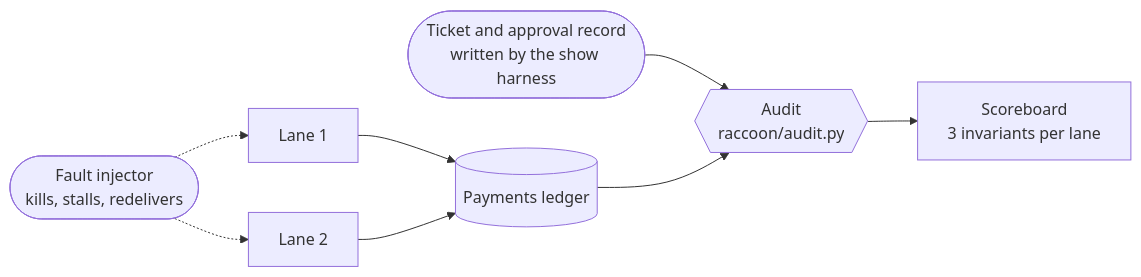
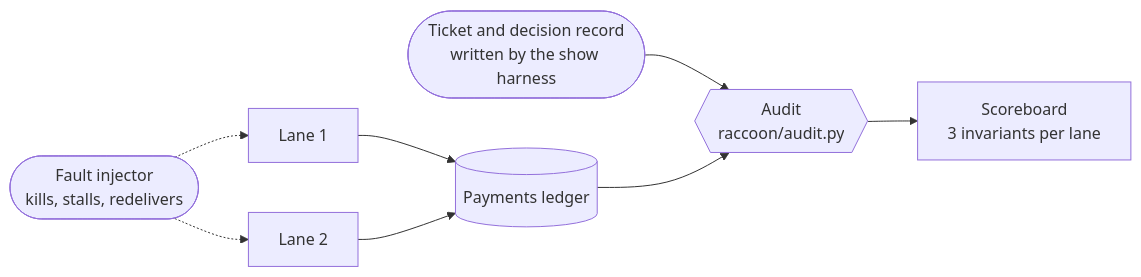
One commit to agileresearchservices/paid-once changed the fourth of 5 diagrams in docs/architecture.md. Above: the diagram before and after it, drawn with Mermaid. The commit also changed other lines of this file and 24 other files, not shown here.

First line of the commit message:
The front of the flow: helpdesk, agent policy check, human approve or deny (#15)

````diff
--- a/docs/architecture.md
+++ b/docs/architecture.md
@@ -102,10 +105,10 @@
 ```mermaid
 flowchart LR
     Faults([Fault injector<br/>kills, stalls, redelivers]) -.-> Lane1[Lane 1]
     Faults -.-> Lane2[Lane 2]
     Lane1 --> Ledger[(Payments ledger)]
     Lane2 --> Ledger
-    Intake([Ticket and approval record<br/>written by the show harness]) --> Audit
+    Intake([Ticket and decision record<br/>written by the show harness]) --> Audit
     Ledger --> Audit{{"Audit<br/>raccoon/audit.py"}}
     Audit --> Board["Scoreboard<br/>3 invariants per lane"]
 ```
````
